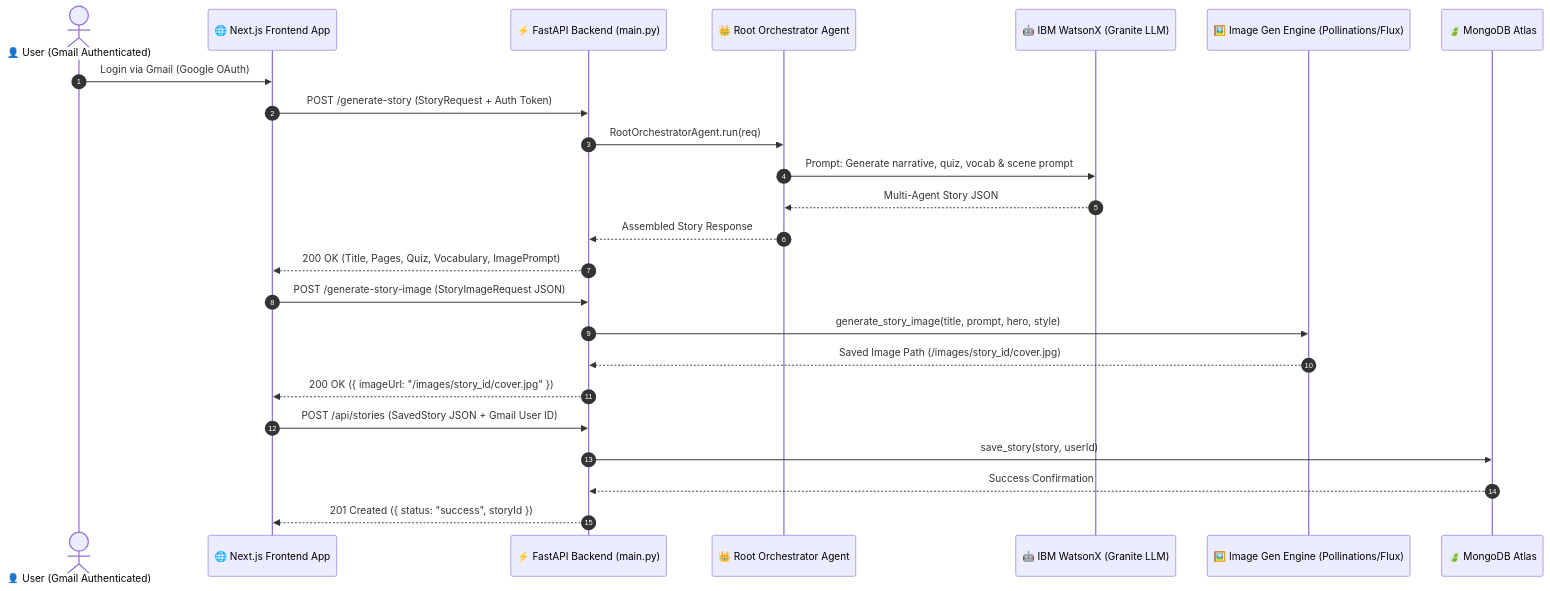
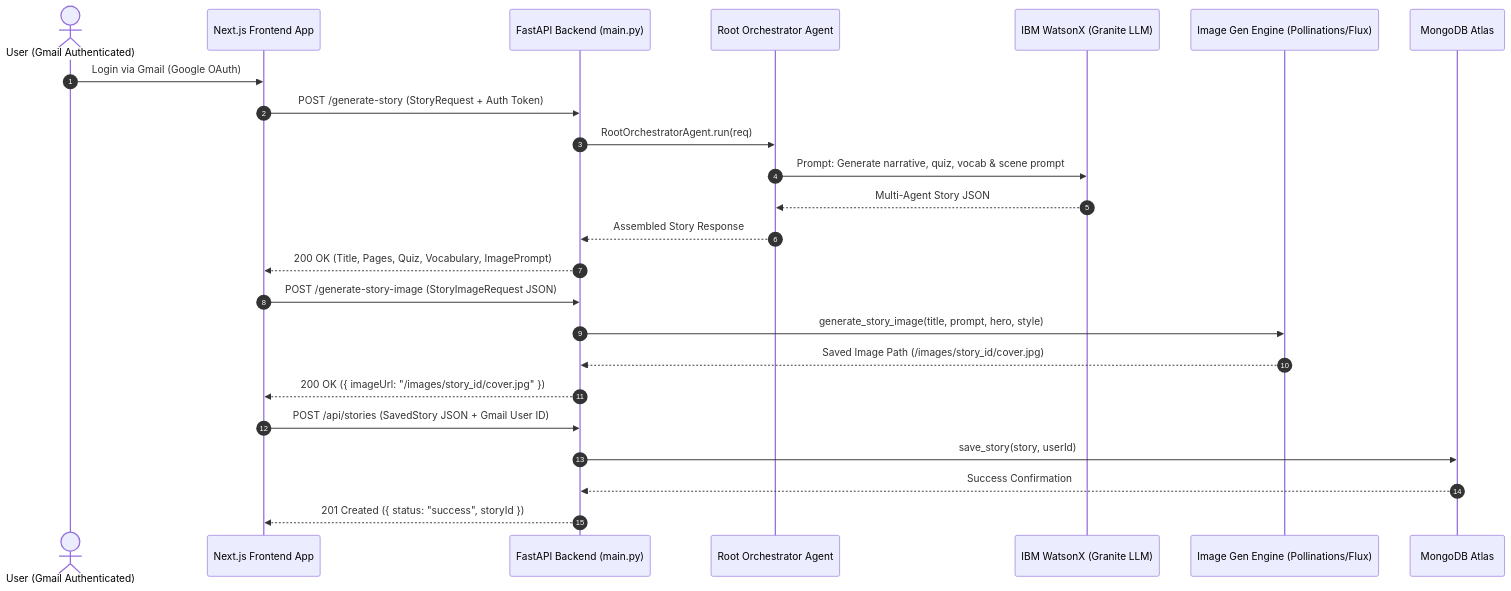
One commit to Rohith84/StorySprout changed the third of 3 diagrams in README.md. Above: the diagram before and after it, drawn with Mermaid. The commit also changed other lines of this file, not shown here.

````diff
--- a/README.md
+++ b/README.md
@@ -165,29 +165,29 @@
 ```mermaid
 sequenceDiagram
     autonumber
-    actor User as 👤 User (Gmail Authenticated)
-    participant Client as 🌐 Next.js Frontend App
-    participant Gateway as ⚡ FastAPI Backend (main.py)
-    participant Orchestrator as 👑 Root Orchestrator Agent
-    participant IBM as 🤖 IBM WatsonX (Granite LLM)
-    participant ImageGen as 🖼️ Image Gen Engine (Pollinations/Flux)
-    participant DB as 🍃 MongoDB Atlas
+    actor User as   User (Gmail Authenticated)
+    participant Client as   Next.js Frontend App
+    participant Gateway as   FastAPI Backend (main.py)
+    participant Orchestrator as   Root Orchestrator Agent
+    participant IBM as   IBM WatsonX (Granite LLM)
+    participant ImageGen as   Image Gen Engine (Pollinations/Flux)
+    participant DB as   MongoDB Atlas
 
     User->>Client: Login via Gmail (Google OAuth)
     Client->>Gateway: POST /generate-story (StoryRequest + Auth Token)
     Gateway->>Orchestrator: RootOrchestratorAgent.run(req)
     Orchestrator->>IBM: Prompt: Generate narrative, quiz, vocab & scene prompt
     IBM-->>Orchestrator: Multi-Agent Story JSON
     Orchestrator-->>Gateway: Assembled Story Response
     Gateway-->>Client: 200 OK (Title, Pages, Quiz, Vocabulary, ImagePrompt)
 
     Client->>Gateway: POST /generate-story-image (StoryImageRequest JSON)
     Gateway->>ImageGen: generate_story_image(title, prompt, hero, style)
     ImageGen-->>Gateway: Saved Image Path (/images/story_id/cover.jpg)
     Gateway-->>Client: 200 OK ({ imageUrl: "/images/story_id/cover.jpg" })
 
     Client->>Gateway: POST /api/stories (SavedStory JSON + Gmail User ID)
     Gateway->>DB: save_story(story, userId)
     DB-->>Gateway: Success Confirmation
     Gateway-->>Client: 201 Created ({ status: "success", storyId })
 ```
````
